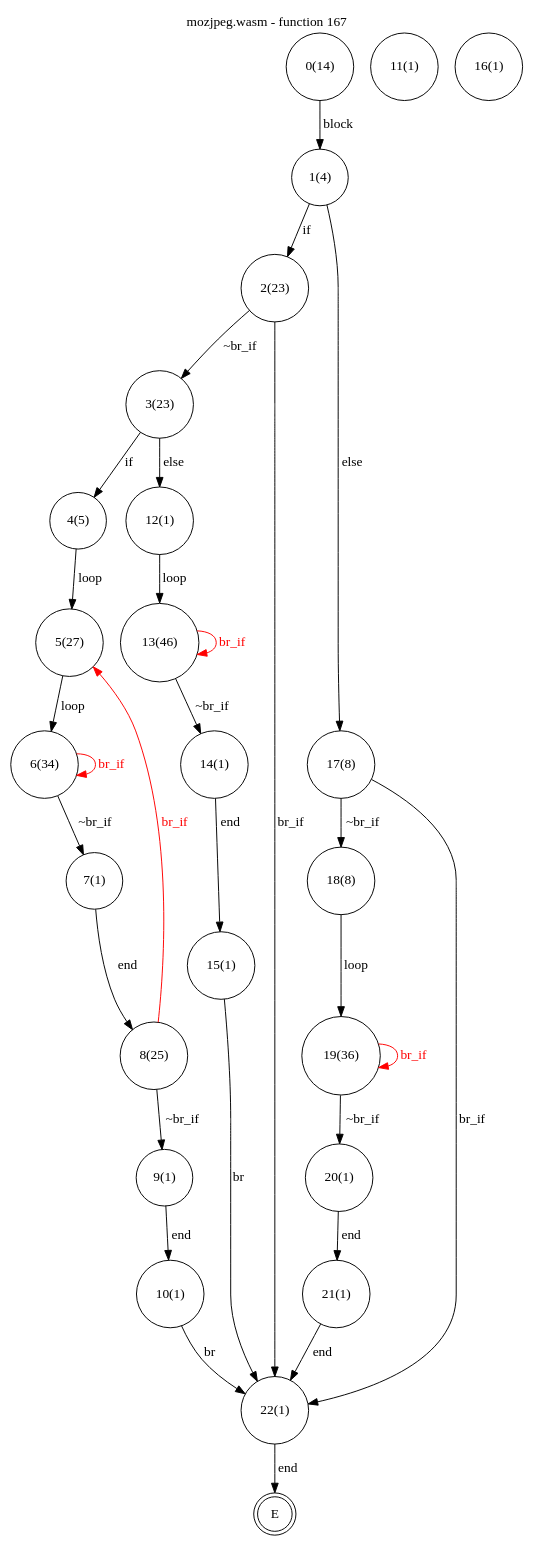
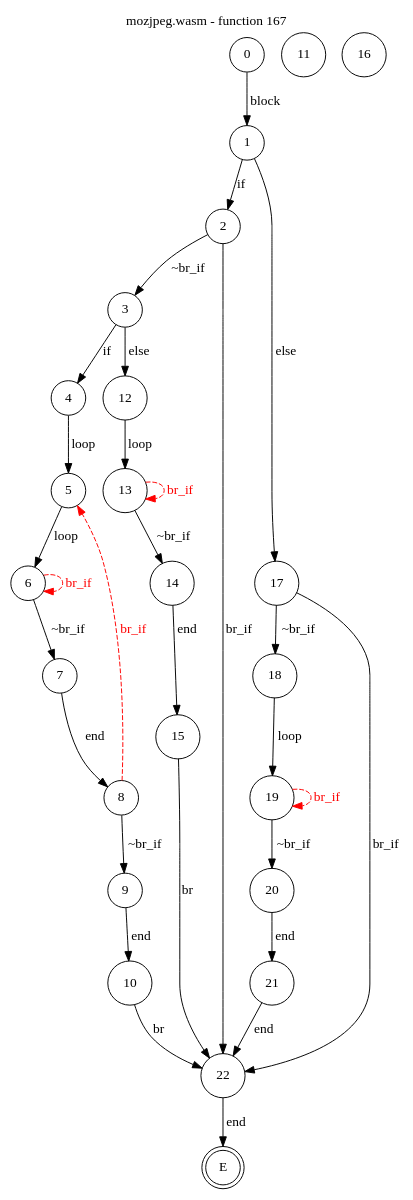
Before and after one commit to jsCarleton/wanalyze: the diagram in test_cases/mozjpeg/funcs/mozjpeg-func167.dot, drawn with Graphviz. The commit also changed 531 other files, not shown here.

```diff
--- a/test_cases/mozjpeg/funcs/mozjpeg-func167.dot
+++ b/test_cases/mozjpeg/funcs/mozjpeg-func167.dot
@@ -1,61 +1,61 @@
 digraph finite_state_machine {
     label = "mozjpeg.wasm - function 167"
     labelloc =  t
     labelfontsize = 16
     labelfontcolor = black
     labelfontname = "Helvetica"
     node [shape = doublecircle]; E ;
-node [shape=circle, fontcolor=black, style="", label="0(14)"]0
-node [shape=circle, fontcolor=black, style="", label="1(4)"]1
-node [shape=circle, fontcolor=black, style="", label="2(23)"]2
-node [shape=circle, fontcolor=black, style="", label="3(23)"]3
-node [shape=circle, fontcolor=black, style="", label="4(5)"]4
-node [shape=circle, fontcolor=black, style="", label="5(27)"]5
-node [shape=circle, fontcolor=black, style="", label="6(34)"]6
-node [shape=circle, fontcolor=black, style="", label="7(1)"]7
-node [shape=circle, fontcolor=black, style="", label="8(25)"]8
-node [shape=circle, fontcolor=black, style="", label="9(1)"]9
-node [shape=circle, fontcolor=black, style="", label="10(1)"]10
-node [shape=circle, fontcolor=black, style="", label="11(1)"]11
-node [shape=circle, fontcolor=black, style="", label="12(1)"]12
-node [shape=circle, fontcolor=black, style="", label="13(46)"]13
-node [shape=circle, fontcolor=black, style="", label="14(1)"]14
-node [shape=circle, fontcolor=black, style="", label="15(1)"]15
-node [shape=circle, fontcolor=black, style="", label="16(1)"]16
-node [shape=circle, fontcolor=black, style="", label="17(8)"]17
-node [shape=circle, fontcolor=black, style="", label="18(8)"]18
-node [shape=circle, fontcolor=black, style="", label="19(36)"]19
-node [shape=circle, fontcolor=black, style="", label="20(1)"]20
-node [shape=circle, fontcolor=black, style="", label="21(1)"]21
-node [shape=circle, fontcolor=black, style="", label="22(1)"]22
+node [shape=circle, fontcolor=black, style="", label="0"]0
+node [shape=circle, fontcolor=black, style="", label="1"]1
+node [shape=circle, fontcolor=black, style="", label="2"]2
+node [shape=circle, fontcolor=black, style="", label="3"]3
+node [shape=circle, fontcolor=black, style="", label="4"]4
+node [shape=circle, fontcolor=black, style="", label="5"]5
+node [shape=circle, fontcolor=black, style="", label="6"]6
+node [shape=circle, fontcolor=black, style="", label="7"]7
+node [shape=circle, fontcolor=black, style="", label="8"]8
+node [shape=circle, fontcolor=black, style="", label="9"]9
+node [shape=circle, fontcolor=black, style="", label="10"]10
+node [shape=circle, fontcolor=black, style="", label="11"]11
+node [shape=circle, fontcolor=black, style="", label="12"]12
+node [shape=circle, fontcolor=black, style="", label="13"]13
+node [shape=circle, fontcolor=black, style="", label="14"]14
+node [shape=circle, fontcolor=black, style="", label="15"]15
+node [shape=circle, fontcolor=black, style="", label="16"]16
+node [shape=circle, fontcolor=black, style="", label="17"]17
+node [shape=circle, fontcolor=black, style="", label="18"]18
+node [shape=circle, fontcolor=black, style="", label="19"]19
+node [shape=circle, fontcolor=black, style="", label="20"]20
+node [shape=circle, fontcolor=black, style="", label="21"]21
+node [shape=circle, fontcolor=black, style="", label="22"]22
 node [shape=circle, fontcolor=black, style="", label="E"]E
     0 -> 1[label="block"];
     1 -> 2[label="if"];
     1 -> 17[label="else"];
     2 -> 3[label="~br_if"];
     2 -> 22[label="br_if"];
     3 -> 4[label="if"];
     3 -> 12[label="else"];
     4 -> 5[label="loop"];
     5 -> 6[label="loop"];
     6 -> 7[label="~br_if"];
-    6 -> 6[color="red" fontcolor="red" label="br_if"];
+    6 -> 6[style="dashed" color="red" fontcolor="red" label="br_if"];
     7 -> 8[label="end"];
     8 -> 9[label="~br_if"];
-    8 -> 5[color="red" fontcolor="red" label="br_if"];
+    8 -> 5[style="dashed" color="red" fontcolor="red" label="br_if"];
     9 -> 10[label="end"];
     10 -> 22[label="br"];
     12 -> 13[label="loop"];
     13 -> 14[label="~br_if"];
-    13 -> 13[color="red" fontcolor="red" label="br_if"];
+    13 -> 13[style="dashed" color="red" fontcolor="red" label="br_if"];
     14 -> 15[label="end"];
     15 -> 22[label="br"];
     17 -> 18[label="~br_if"];
     17 -> 22[label="br_if"];
     18 -> 19[label="loop"];
     19 -> 20[label="~br_if"];
-    19 -> 19[color="red" fontcolor="red" label="br_if"];
+    19 -> 19[style="dashed" color="red" fontcolor="red" label="br_if"];
     20 -> 21[label="end"];
     21 -> 22[label="end"];
     22 -> E[label="end"];
 }
```
